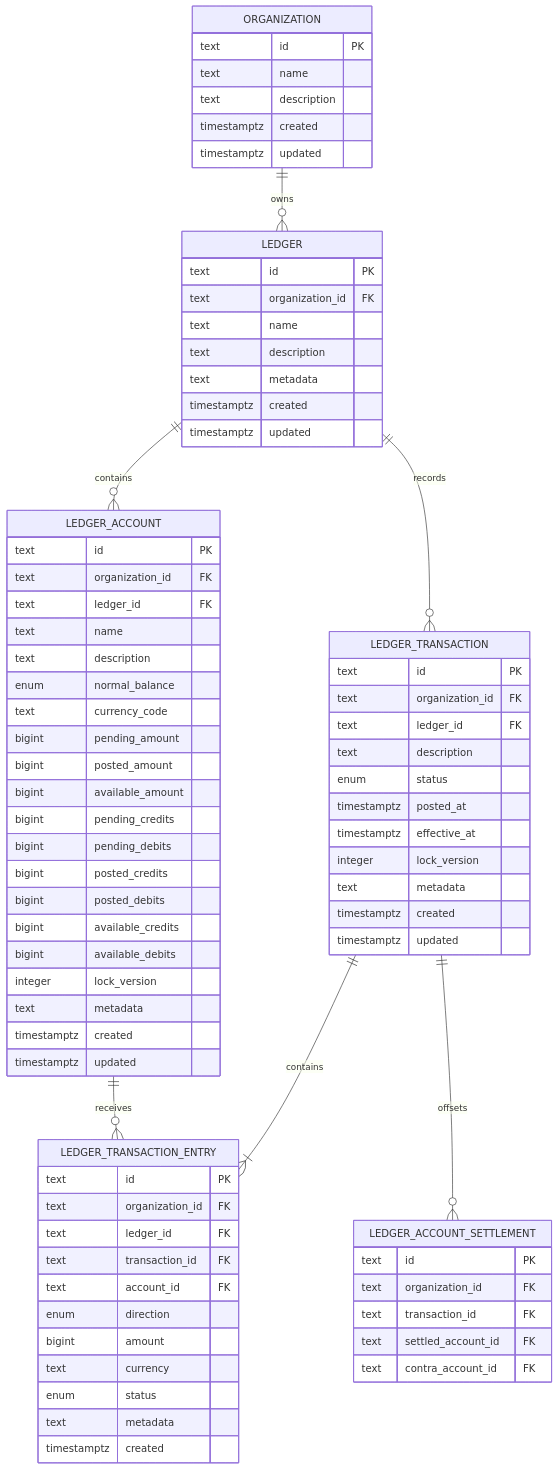
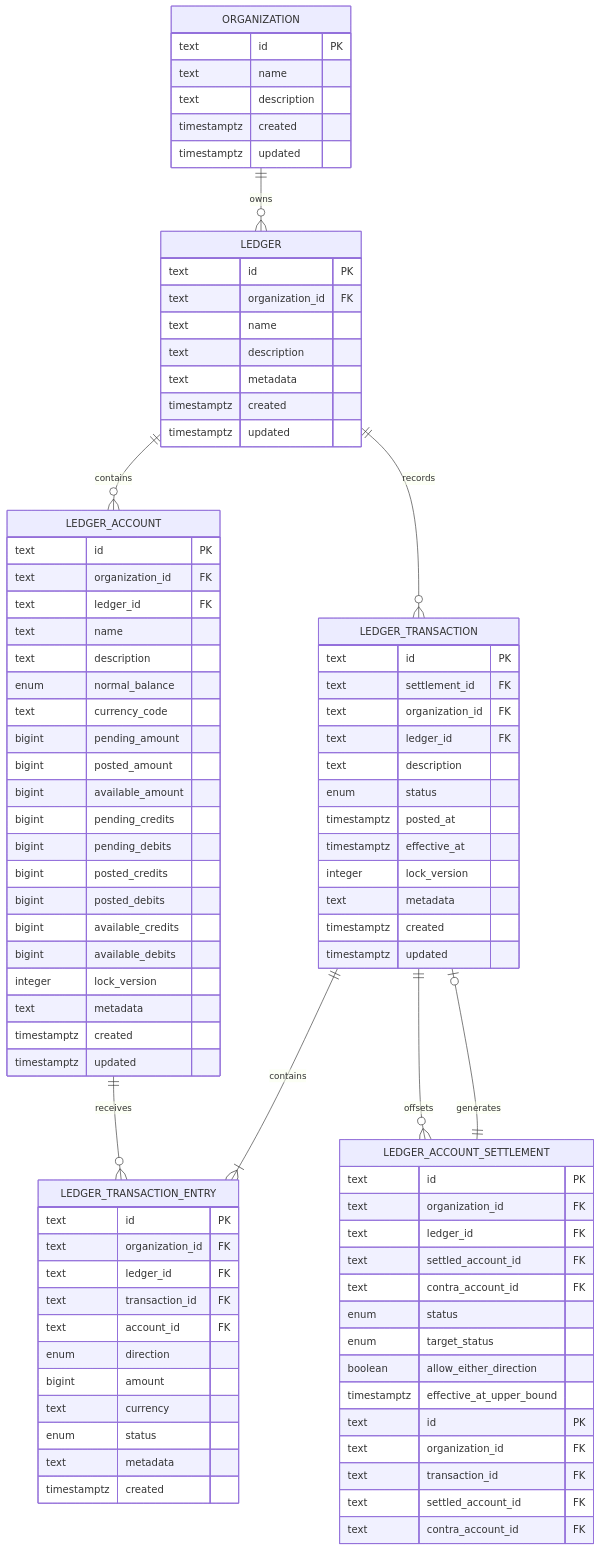
The diagram in apps/api/docs/product/erd.md (martinffx/exchequerio), drawn with Mermaid before and after one commit. The commit also changed other lines of this file and 27 other files, not shown here.

```diff
--- a/apps/api/docs/product/erd.md
+++ b/apps/api/docs/product/erd.md
@@ -48,6 +48,7 @@
 
     LEDGER_TRANSACTION {
         text id PK
+        text settlement_id FK
         text organization_id FK
         text ledger_id FK
         text description
@@ -59,6 +60,20 @@
         timestamptz created
         timestamptz updated
     }
+
+    LEDGER_ACCOUNT_SETTLEMENT {
+        text id PK
+        text organization_id FK
+        text ledger_id FK
+        text settled_account_id FK
+        text contra_account_id FK
+        enum status
+        enum target_status
+        boolean allow_either_direction
+        timestamptz effective_at_upper_bound
+    }
+
+    LEDGER_ACCOUNT_SETTLEMENT ||--o| LEDGER_TRANSACTION : generates
 
     LEDGER_TRANSACTION_ENTRY {
         text id PK
```
